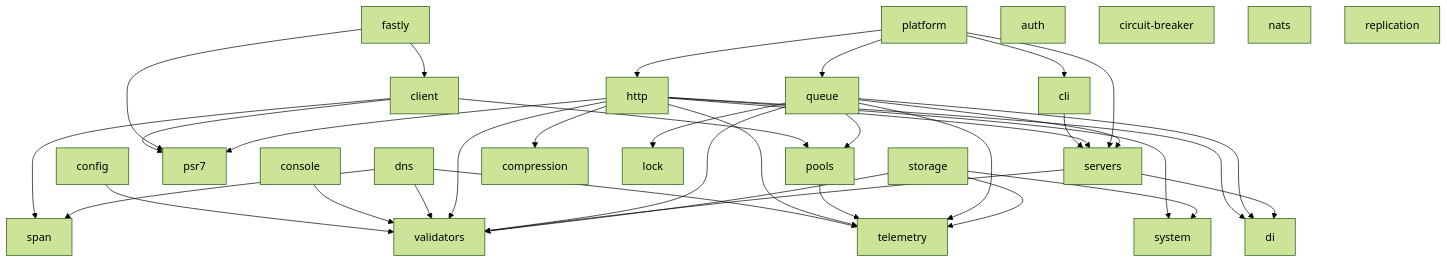
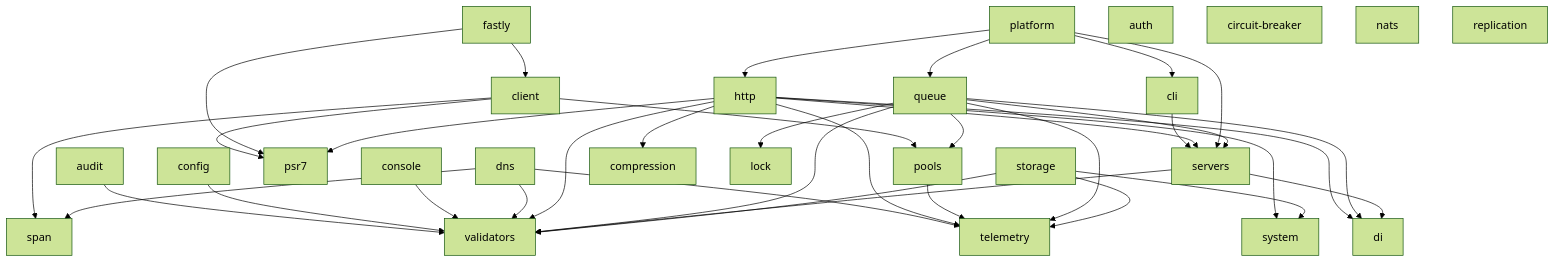
Before and after one commit to utopia-php/monorepo: the diagram in README.md, drawn with Mermaid (forest theme). The commit also changed 26 other files, not shown here.

````diff
--- a/README.md
+++ b/README.md
@@ -48,41 +48,42 @@
 ```mermaid
 graph TD
+    audit --> validators
     cli --> servers
     client --> pools
     client --> psr7
     client --> span
     config --> validators
     console --> validators
     dns --> span
     dns --> telemetry
     dns --> validators
     fastly --> client
     fastly --> psr7
     http --> di
     http --> servers
     http --> compression
     http --> psr7
     http --> telemetry
     http --> validators
     http --> system
     platform --> cli
     platform --> http
     platform --> queue
     platform --> servers
     pools --> telemetry
     queue --> di
     queue --> lock
     queue --> servers
     queue --> pools
     queue --> telemetry
     queue --> validators
     servers --> di
     servers --> validators
     storage --> system
     storage --> telemetry
     storage --> validators
     auth
     circuit-breaker
     nats
     replication
 ```
````
